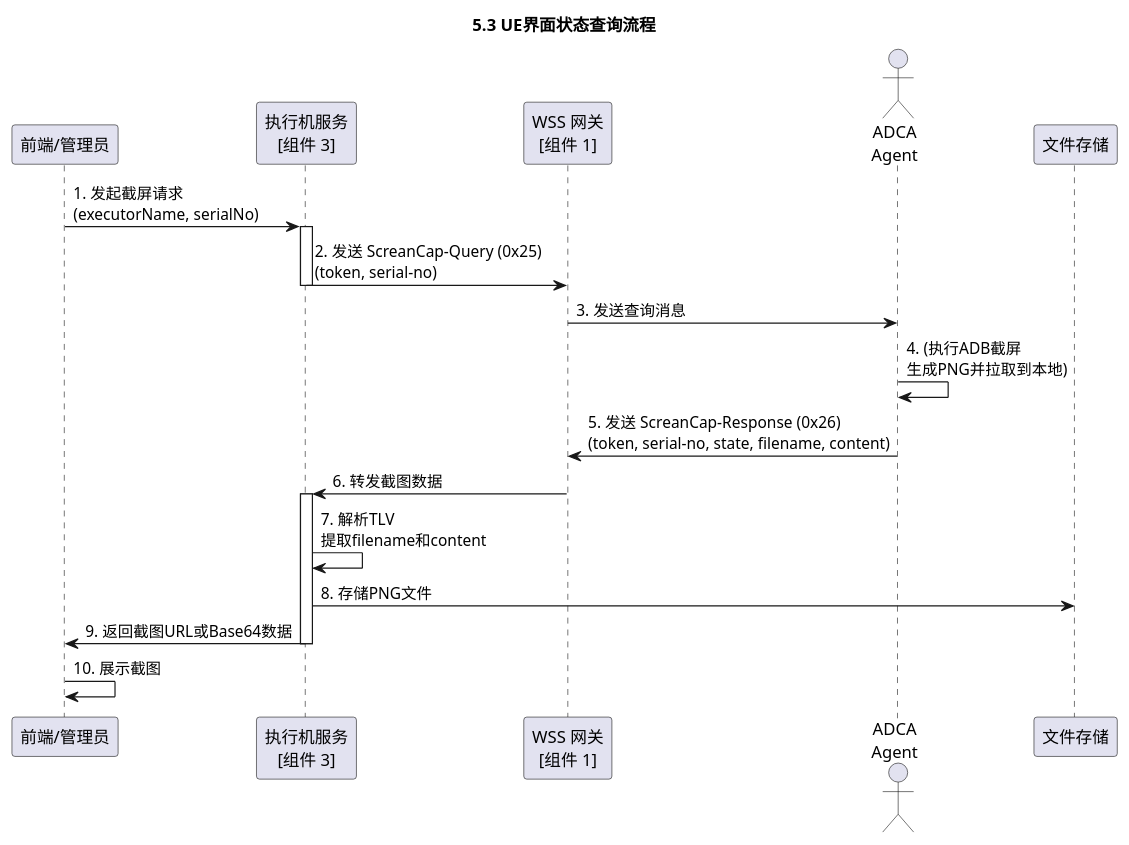
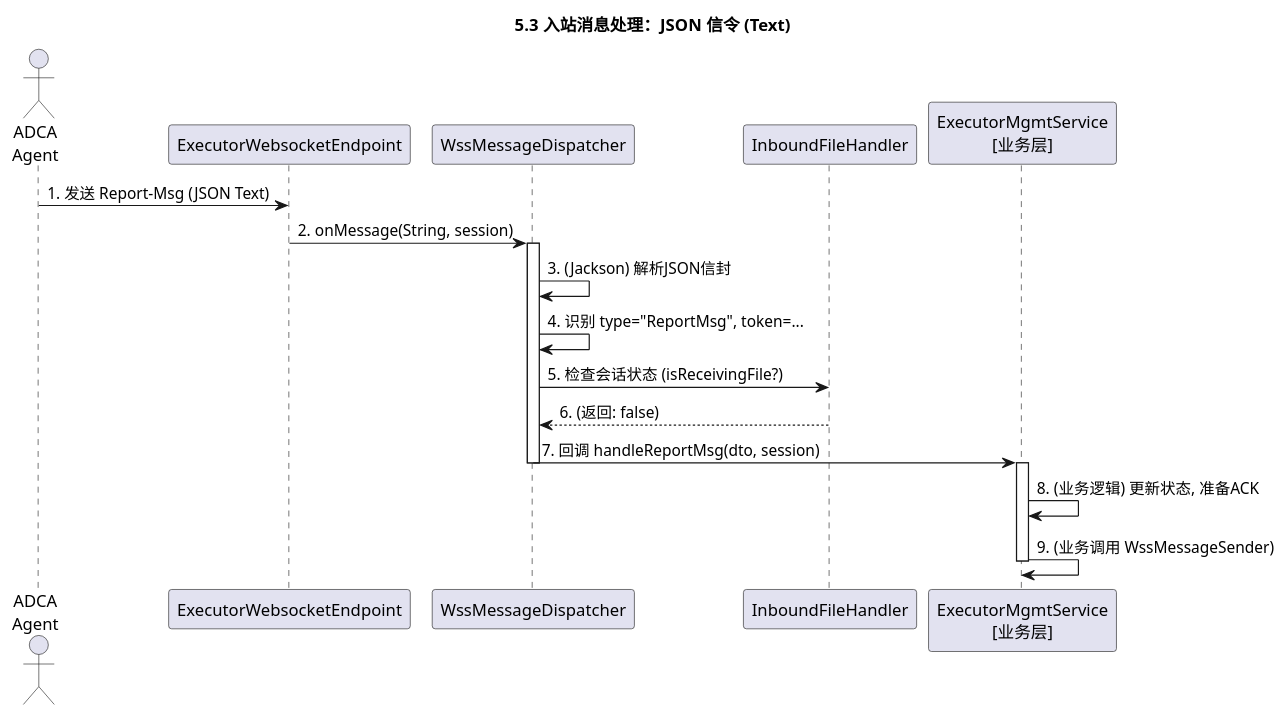
Before and after one commit to GuiHongli/DialTestCenter: the fifth of 8 diagrams in AR软件实现设计文档/执行机管理/执行机管理-WebSocket通信协议设计.md, drawn with PlantUML. The commit also changed other lines of this file and 48 other files, not shown here.

````diff
--- a/AR软件实现设计文档/执行机管理/执行机管理-WebSocket通信协议设计.md
+++ b/AR软件实现设计文档/执行机管理/执行机管理-WebSocket通信协议设计.md
@@ -562,32 +720,32 @@
 ```plantuml
 @startuml
-title 5.3 UE界面状态查询流程
+title 5.3 入站消息处理：JSON 信令 (Text)
 
-participant "前端/管理员" as Admin
-participant "执行机服务\n[组件 3]" as ExecService
-participant "WSS 网关\n[组件 1]" as Wss
 actor "ADCA\nAgent" as Agent
-participant "文件存储" as Storage
+participant "ExecutorWebsocketEndpoint" as Endpoint
+participant "WssMessageDispatcher" as Dispatcher
+participant "InboundFileHandler" as InboundHandler
+participant "ExecutorMgmtService\n[业务层]" as ExecService
 
-Admin -> ExecService : 1. 发起截屏请求\n(executorName, serialNo)
+Agent -> Endpoint : 1. 发送 Report-Msg (JSON Text)
+Endpoint -> Dispatcher : 2. onMessage(String, session)
+
+activate Dispatcher
+    Dispatcher -> Dispatcher : 3. (Jackson) 解析JSON信封
+    Dispatcher -> Dispatcher : 4. 识别 type="ReportMsg", token=...
+
+    ' 检查是否为文件传输状态
+    Dispatcher -> InboundHandler : 5. 检查会话状态 (isReceivingFile?)
+    InboundHandler --> Dispatcher : 6. (返回: false)
+
+    ' 分发给业务层
+    Dispatcher -> ExecService : 7. 回调 handleReportMsg(dto, session)
+deactivate Dispatcher
+
 activate ExecService
-    ExecService -> Wss : 2. 发送 ScreanCap-Query (0x25)\n(token, serial-no)
+    ' ... 业务层处理心跳 ...
+    ExecService -> ExecService : 8. (业务逻辑) 更新状态, 准备ACK
+    ExecService -> ExecService : 9. (业务调用 WssMessageSender)
 deactivate ExecService
-
-Wss -> Agent : 3. 发送查询消息
-
-Agent -> Agent : 4. (执行ADB截屏\n生成PNG并拉取到本地)
-
-Agent -> Wss : 5. 发送 ScreanCap-Response (0x26)\n(token, serial-no, state, filename, content)
-
-Wss -> ExecService : 6. 转发截图数据
-activate ExecService
-    ExecService -> ExecService : 7. 解析TLV\n提取filename和content
-    ExecService -> Storage : 8. 存储PNG文件
-    ExecService -> Admin : 9. 返回截图URL或Base64数据
-deactivate ExecService
-
-Admin -> Admin : 10. 展示截图
-
 @enduml
 ```
````
